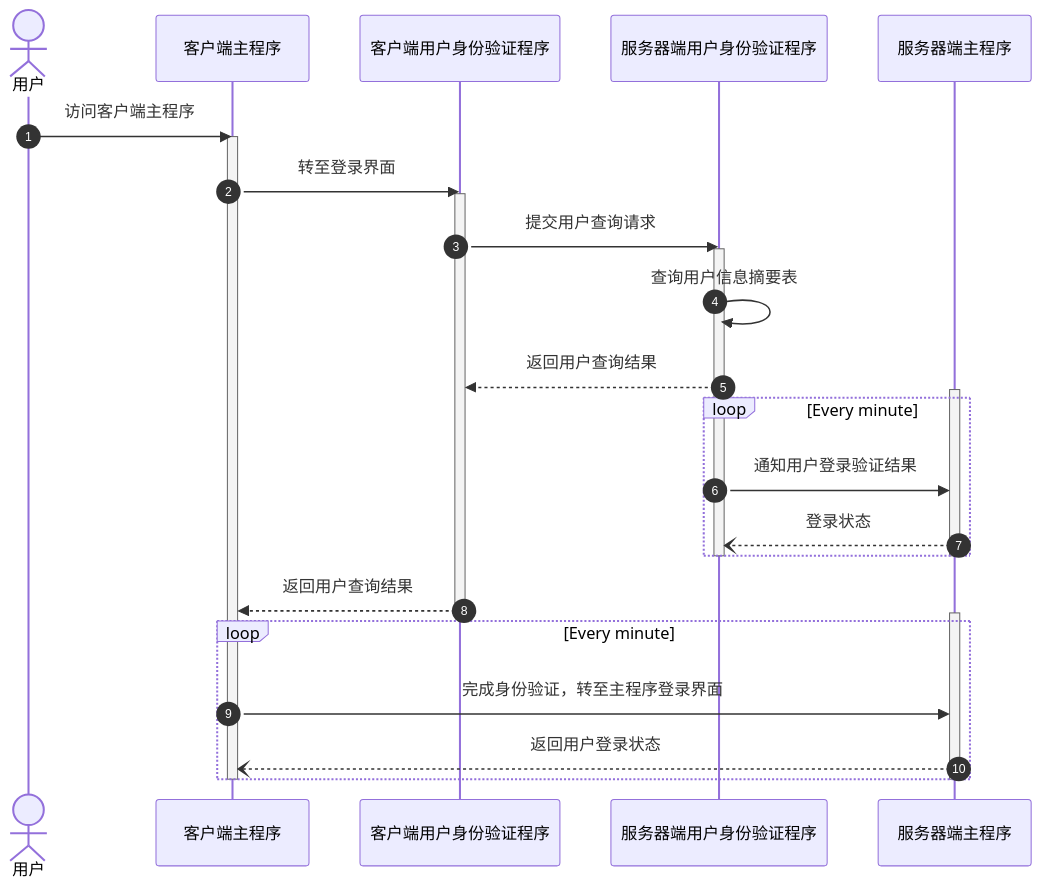
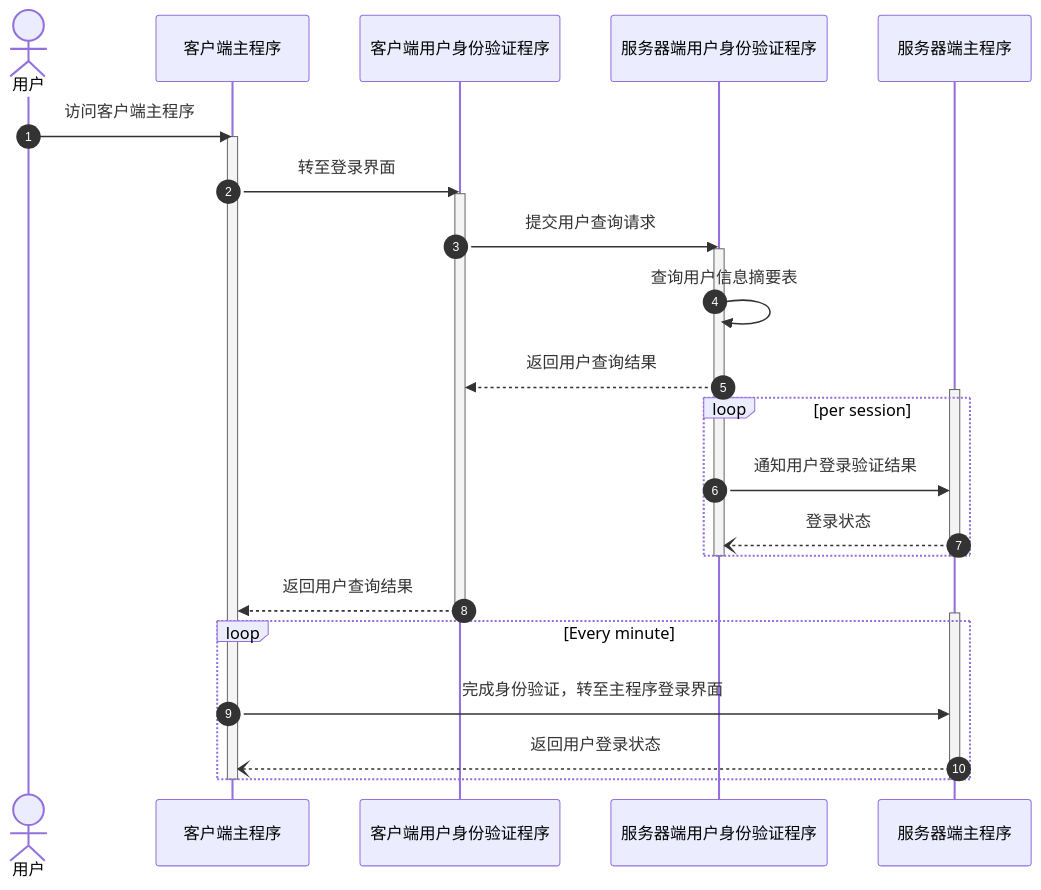
One commit to ArthurZhou/User-Authenticator changed the second of 2 diagrams in designDoc.md. Above: the diagram before and after it, drawn with Mermaid.

Commit message:
Alpha0.1 Release

````diff
--- a/designDoc.md
+++ b/designDoc.md
@@ -180,38 +180,38 @@
 ```mermaid
 sequenceDiagram
     autonumber
     
     Actor 用户
     participant 客户端主程序
     participant 客户端用户身份验证程序
     participant 服务器端用户身份验证程序
     participant 服务器端主程序
 
     用户 ->> 客户端主程序: 访问客户端主程序
     activate 客户端主程序
         客户端主程序 ->> 客户端用户身份验证程序: 转至登录界面
         activate 客户端用户身份验证程序
             客户端用户身份验证程序 ->> 服务器端用户身份验证程序: 提交用户查询请求
             activate 服务器端用户身份验证程序
                 服务器端用户身份验证程序 ->> 服务器端用户身份验证程序: 查询用户信息摘要表
                 服务器端用户身份验证程序 -->> 客户端用户身份验证程序: 返回用户查询结果
                 activate 服务器端主程序
-                    loop Every minute
+                    loop per session
                         服务器端用户身份验证程序 ->> 服务器端主程序: 通知用户登录验证结果
                         服务器端主程序 --) 服务器端用户身份验证程序: 登录状态
                     end
                 deactivate 服务器端主程序
             deactivate 服务器端用户身份验证程序
             客户端用户身份验证程序 -->> 客户端主程序: 返回用户查询结果
         deactivate 客户端用户身份验证程序
         activate 服务器端主程序
             loop Every minute
                 客户端主程序 ->> 服务器端主程序: 完成身份验证，转至主程序登录界面
                 服务器端主程序 --) 客户端主程序: 返回用户登录状态
             end
         deactivate 服务器端主程序
     deactivate 客户端主程序
 
     %% this is a comment 本图仅描述成功登录情况，未包含登录失败问题，比如网络异常、用户名密码错误等
  
 ```
````
